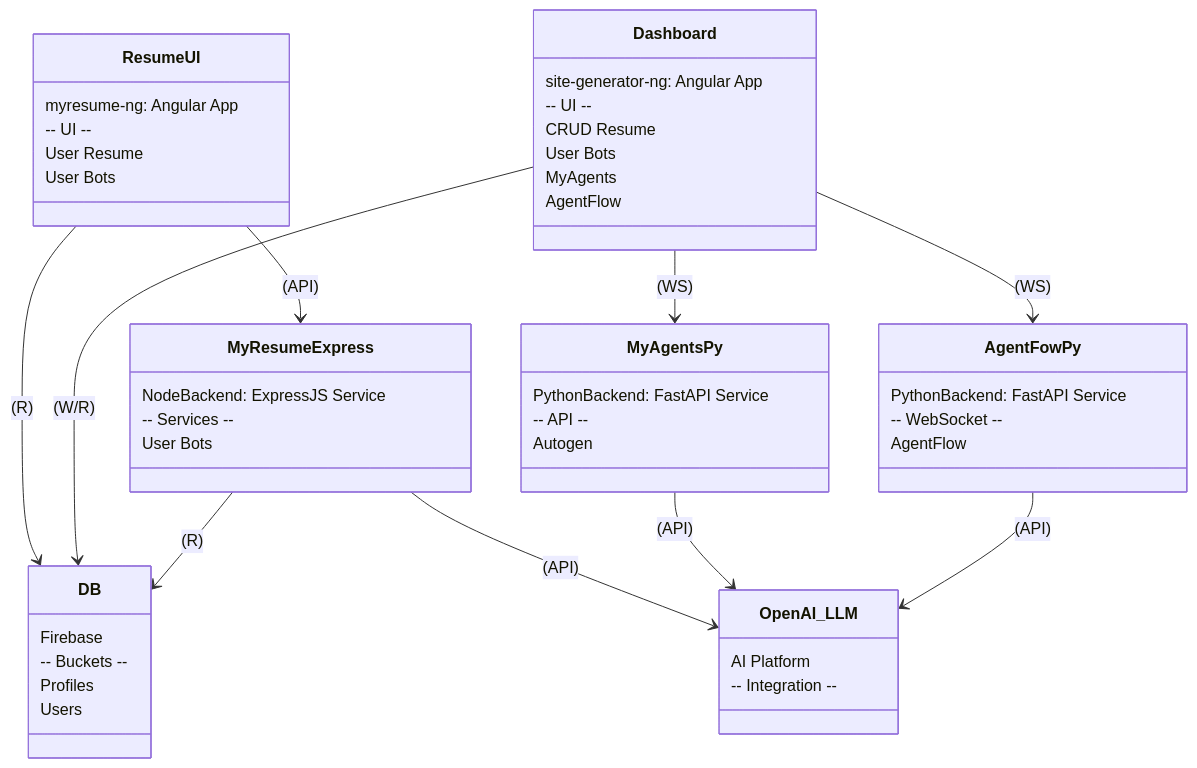
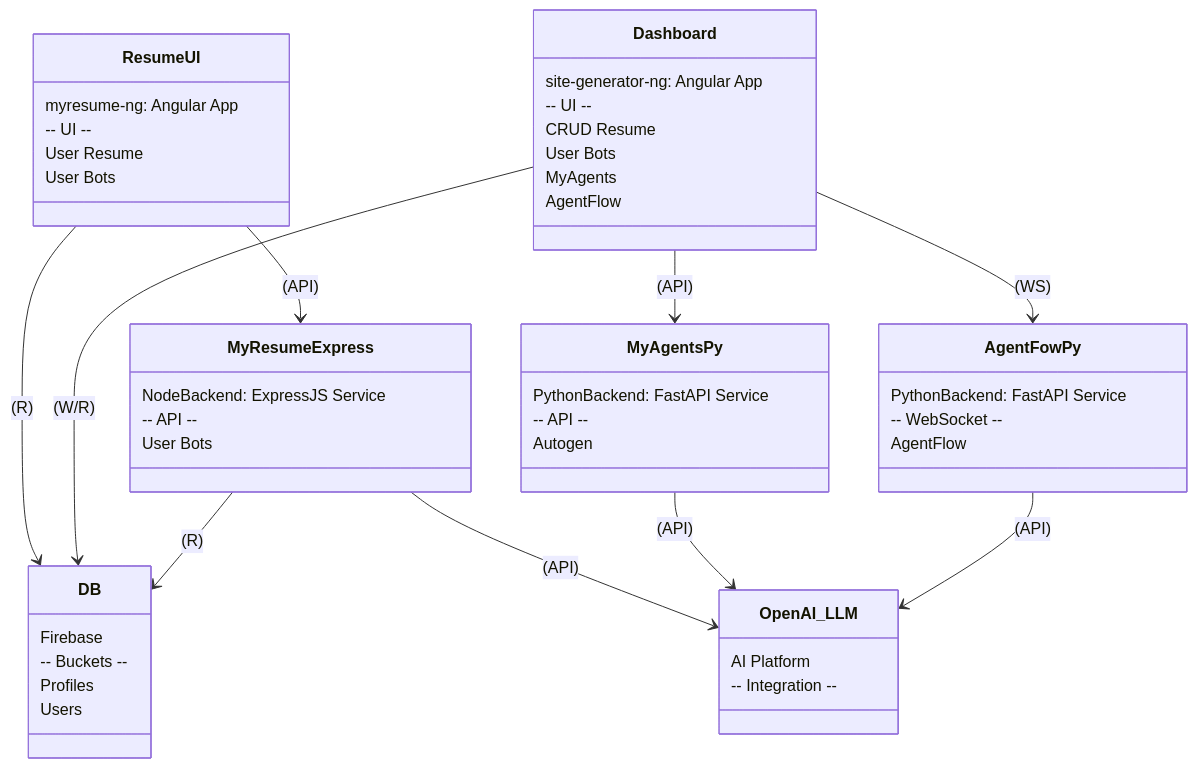
Before and after one commit to thaer899/connectorzzz: the diagram in README.md, drawn with Mermaid.

````diff
--- a/README.md
+++ b/README.md
@@ -24,56 +24,56 @@
 ```mermaid
 %%{init: {'theme': 'default'}}%%
 classDiagram
     class DB {
         Firebase
         -- Buckets --
         Profiles
         Users
     }
     class ResumeUI {
         myresume-ng: Angular App
         -- UI --
         User Resume
         User Bots
     }
     class Dashboard {
         site-generator-ng: Angular App
         -- UI --
         CRUD Resume
         User Bots
         MyAgents
         AgentFlow
     }
     class MyResumeExpress {
         NodeBackend: ExpressJS Service
-        -- Services --
+        -- API --
         User Bots
     }
     class MyAgentsPy {
         PythonBackend: FastAPI Service
         -- API --
         Autogen
     }
     class AgentFowPy {
         PythonBackend: FastAPI Service
         -- WebSocket --
         AgentFlow
     }
     class OpenAI_LLM {
         AI Platform
         -- Integration --
     }
 
     %% Connections
     ResumeUI --> DB :  (R)
     Dashboard --> DB :  (W/R)
     ResumeUI --> MyResumeExpress : (API)
     MyResumeExpress --> DB :  (R)
     MyResumeExpress --> OpenAI_LLM : (API)
-    Dashboard --> MyAgentsPy :  (WS)
+    Dashboard --> MyAgentsPy :  (API)
     MyAgentsPy --> OpenAI_LLM : (API)
     Dashboard --> AgentFowPy :  (WS)
     AgentFowPy --> OpenAI_LLM : (API)
 
 
 ```
````
